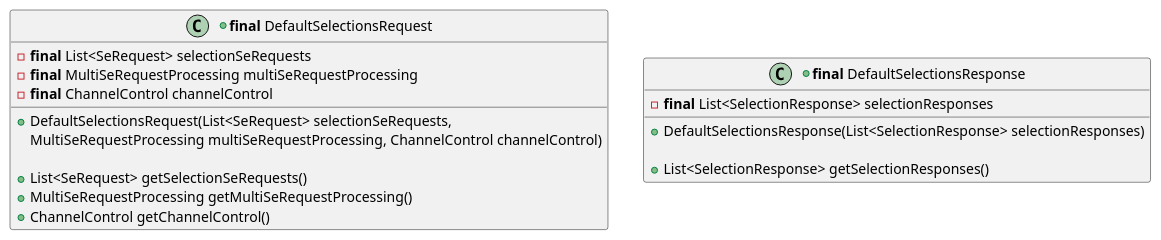
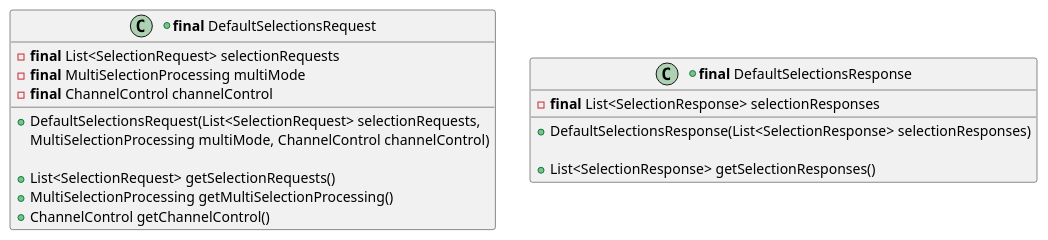
Before and after one commit to calypsonet/keyple: the third of 7 diagrams in src/KeypleCoreApi/puml/KeypleCore_Card_ClassDiag_ClassElements.iuml, drawn with PlantUML. The commit also changed other lines of this file and 10 other files, not shown here.

```diff
--- a/src/KeypleCoreApi/puml/KeypleCore_Card_ClassDiag_ClassElements.iuml
+++ b/src/KeypleCoreApi/puml/KeypleCore_Card_ClassDiag_ClassElements.iuml
@@ -32,22 +32,22 @@
 @startuml(id=CARD_DEFAULTSELECTION_1_0_0)
 +class "<b>final</b> DefaultSelectionsRequest" as DefaultSelectionsRequest {
-  -<b>final</b> List<SeRequest> selectionSeRequests
-  -<b>final</b> MultiSeRequestProcessing multiSeRequestProcessing
+  -<b>final</b> List<SelectionRequest> selectionRequests
+  -<b>final</b> MultiSelectionProcessing multiMode
   -<b>final</b> ChannelControl channelControl
 '
-  +DefaultSelectionsRequest(List<SeRequest> selectionSeRequests,
-    MultiSeRequestProcessing multiSeRequestProcessing, ChannelControl channelControl)
+  +DefaultSelectionsRequest(List<SelectionRequest> selectionRequests,
+    MultiSelectionProcessing multiMode, ChannelControl channelControl)
 
-  +List<SeRequest> getSelectionSeRequests()
-  +MultiSeRequestProcessing getMultiSeRequestProcessing()
+  +List<SelectionRequest> getSelectionRequests()
+  +MultiSelectionProcessing getMultiSelectionProcessing()
   +ChannelControl getChannelControl()
 }
 
 +class "<b>final</b> DefaultSelectionsResponse" as DefaultSelectionsResponse {
   -<b>final</b> List<SelectionResponse> selectionResponses
 '
   +DefaultSelectionsResponse(List<SelectionResponse> selectionResponses)
 
   +List<SelectionResponse> getSelectionResponses()
 }
 @enduml
```
